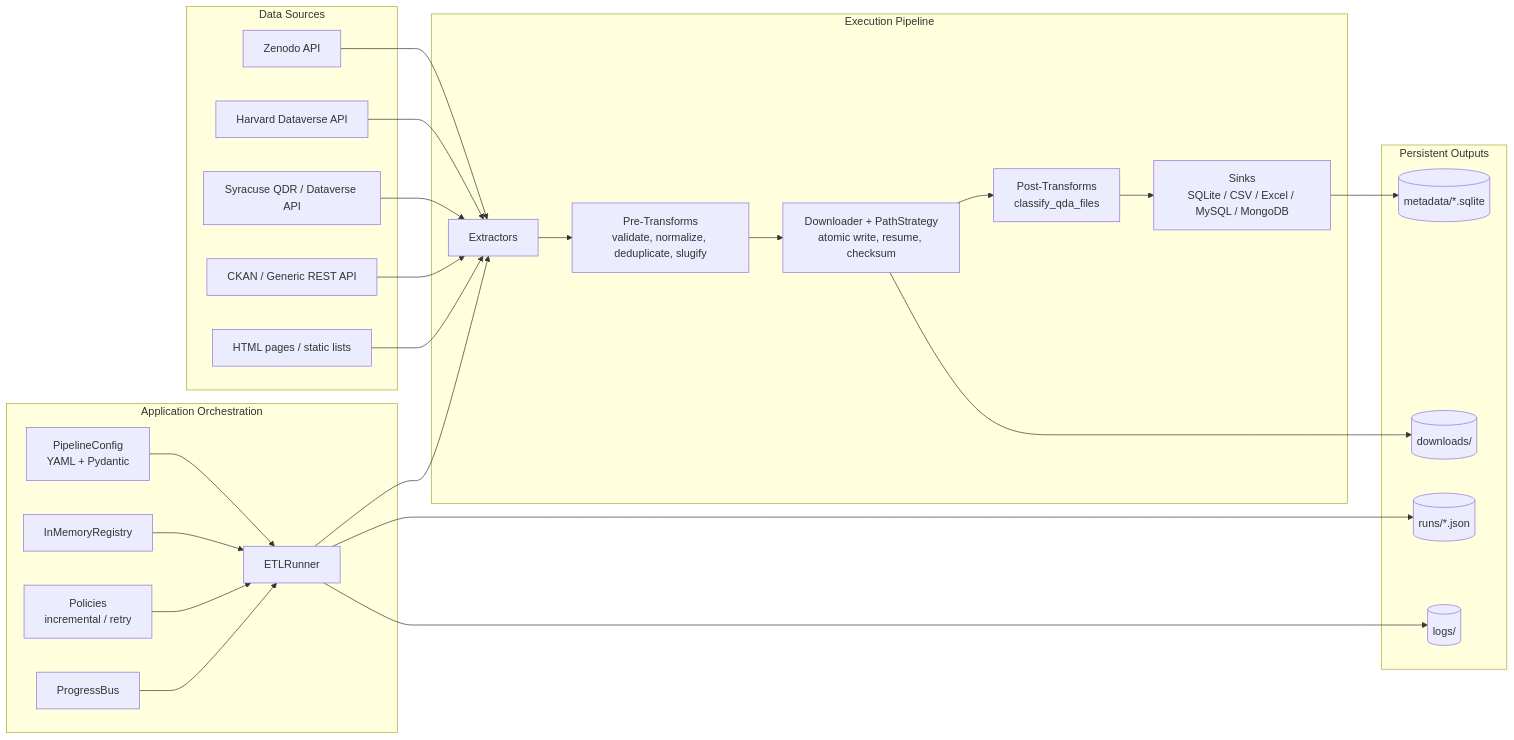
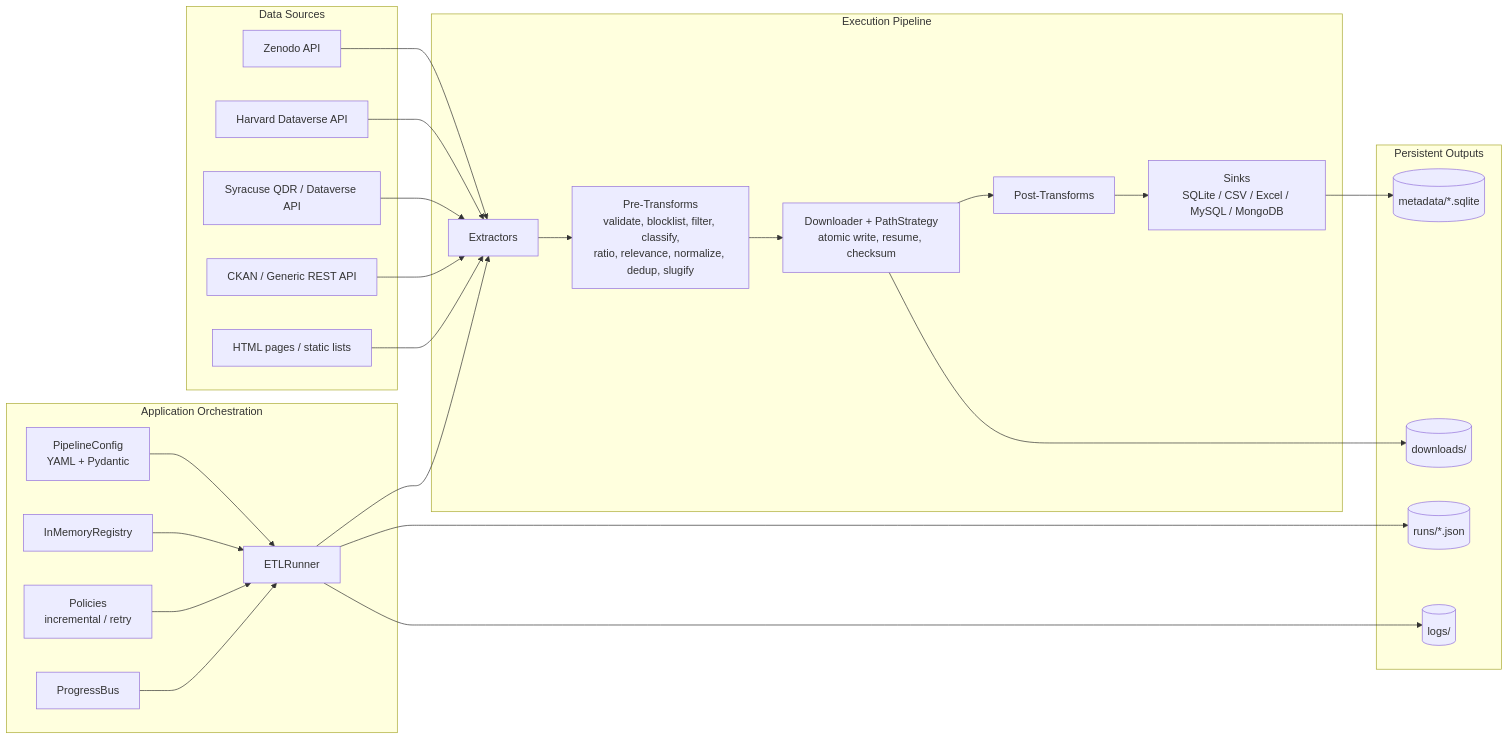
The diagram in README.md (night-fury-me/qd-archive-seeds), drawn with Mermaid before and after one commit. The commit also changed other lines of this file, not shown here.

````diff
--- a/README.md
+++ b/README.md
@@ -110,50 +107,50 @@
 ```mermaid
 flowchart LR
   subgraph Input[Data Sources]
     Z[Zenodo API]
     HD[Harvard Dataverse API]
     Q[Syracuse QDR / Dataverse API]
     C[CKAN / Generic REST API]
     H[HTML pages / static lists]
   end
 
   subgraph App[Application Orchestration]
     CFG[PipelineConfig<br/>YAML + Pydantic]
     REG[InMemoryRegistry]
     RUN[ETLRunner]
     POL[Policies<br/>incremental / retry]
     PROG[ProgressBus]
   end
 
   subgraph Infra[Execution Pipeline]
     EXT[Extractors]
-    PRE[Pre-Transforms<br/>validate, normalize, deduplicate, slugify]
+    PRE[Pre-Transforms<br/>validate, blocklist, filter, classify,<br/>ratio, relevance, normalize, dedup, slugify]
     DL[Downloader + PathStrategy<br/>atomic write, resume, checksum]
-    POST[Post-Transforms<br/>classify_qda_files]
+    POST[Post-Transforms]
     SINK[Sinks<br/>SQLite / CSV / Excel / MySQL / MongoDB]
   end
 
   subgraph Output[Persistent Outputs]
     DB[(metadata/*.sqlite)]
     FILES[(downloads/)]
     RUNS[(runs/*.json)]
     LOGS[(logs/)]
   end
 
   Z --> EXT
   HD --> EXT
   Q --> EXT
   C --> EXT
   H --> EXT
 
   CFG --> RUN
   REG --> RUN
   POL --> RUN
   PROG --> RUN
 
   RUN --> EXT --> PRE --> DL --> POST --> SINK
   SINK --> DB
   DL --> FILES
   RUN --> RUNS
   RUN --> LOGS
 ```
````
